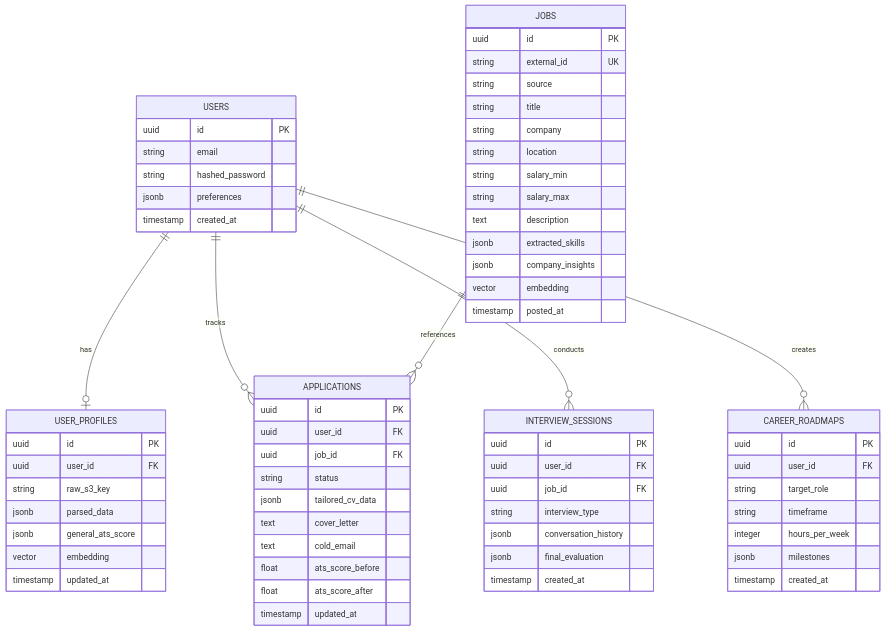
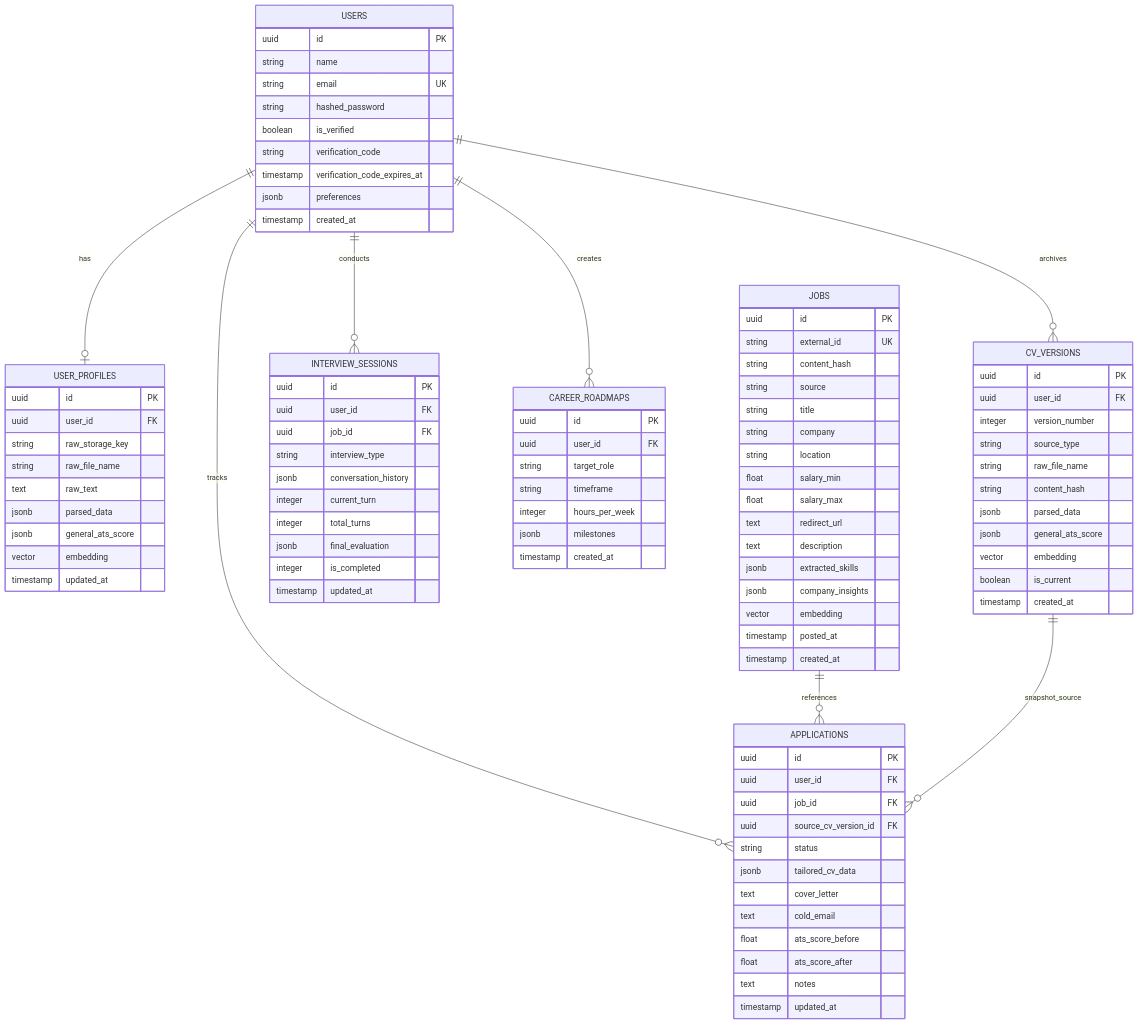
Before and after one commit to Mostafa710/career-copilot: the diagram in docs/database_schema.md, drawn with Mermaid. The commit also changed other lines of this file and 2 other files, not shown here.

````diff
--- a/docs/database_schema.md
+++ b/docs/database_schema.md
@@ -9,15 +9,21 @@
 ```mermaid
 erDiagram
     USERS ||--o| USER_PROFILES : has
+    USERS ||--o{ CV_VERSIONS : archives
     USERS ||--o{ APPLICATIONS : tracks
     USERS ||--o{ INTERVIEW_SESSIONS : conducts
     USERS ||--o{ CAREER_ROADMAPS : creates
     JOBS ||--o{ APPLICATIONS : references
+    CV_VERSIONS ||--o{ APPLICATIONS : snapshot_source
 
     USERS {
         uuid id PK
-        string email
+        string name
+        string email UK
         string hashed_password
+        boolean is_verified
+        string verification_code
+        timestamp verification_code_expires_at
         jsonb preferences
         timestamp created_at
     }
@@ -25,39 +31,60 @@
     USER_PROFILES {
         uuid id PK
         uuid user_id FK
-        string raw_s3_key
+        string raw_storage_key
+        string raw_file_name
+        text raw_text
         jsonb parsed_data
         jsonb general_ats_score
         vector embedding
         timestamp updated_at
     }
 
+    CV_VERSIONS {
+        uuid id PK
+        uuid user_id FK
+        integer version_number
+        string source_type
+        string raw_file_name
+        string content_hash
+        jsonb parsed_data
+        jsonb general_ats_score
+        vector embedding
+        boolean is_current
+        timestamp created_at
+    }
+
     JOBS {
         uuid id PK
         string external_id UK
+        string content_hash
         string source
         string title
         string company
         string location
-        string salary_min
-        string salary_max
+        float salary_min
+        float salary_max
+        text redirect_url
         text description
         jsonb extracted_skills
         jsonb company_insights
         vector embedding
         timestamp posted_at
+        timestamp created_at
     }
 
     APPLICATIONS {
         uuid id PK
         uuid user_id FK
         uuid job_id FK
+        uuid source_cv_version_id FK
         string status
         jsonb tailored_cv_data
         text cover_letter
         text cold_email
         float ats_score_before
         float ats_score_after
+        text notes
         timestamp updated_at
     }
 
@@ -67,8 +94,11 @@
         uuid job_id FK
         string interview_type
         jsonb conversation_history
+        integer current_turn
+        integer total_turns
         jsonb final_evaluation
-        timestamp created_at
+        integer is_completed
+        timestamp updated_at
     }
 
     CAREER_ROADMAPS {
````
